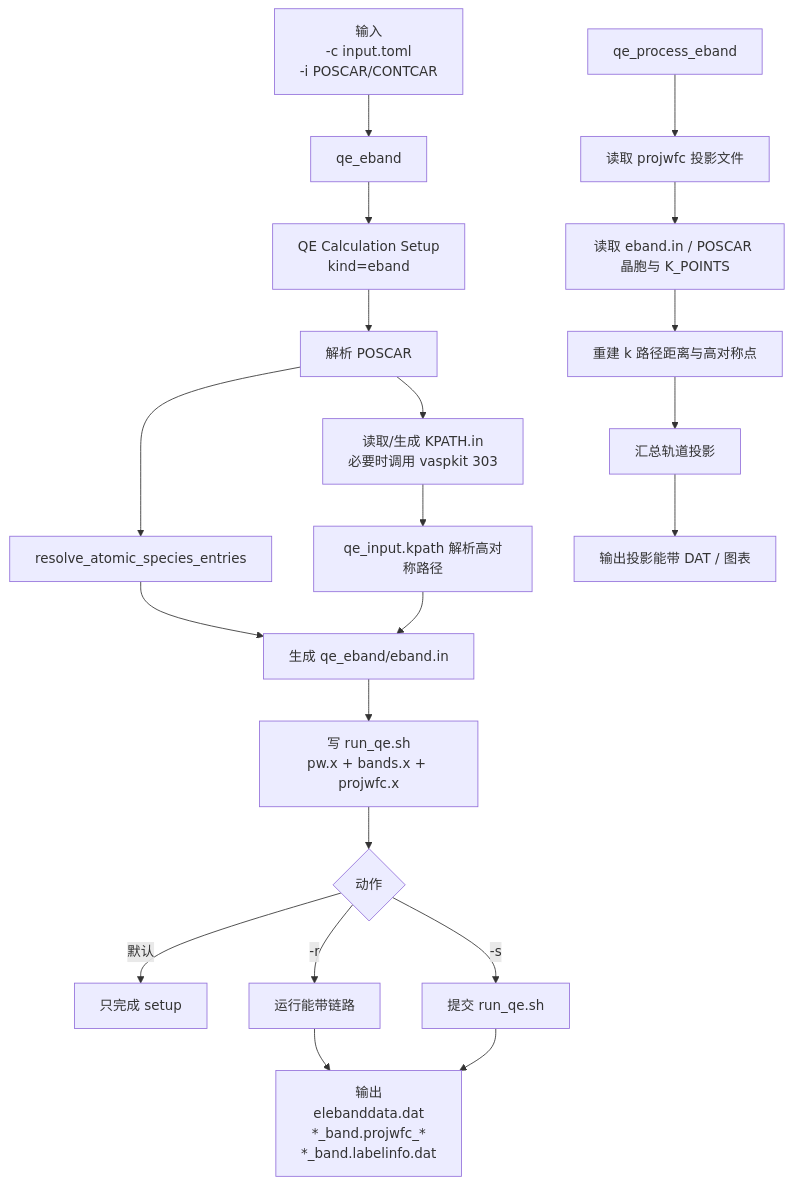
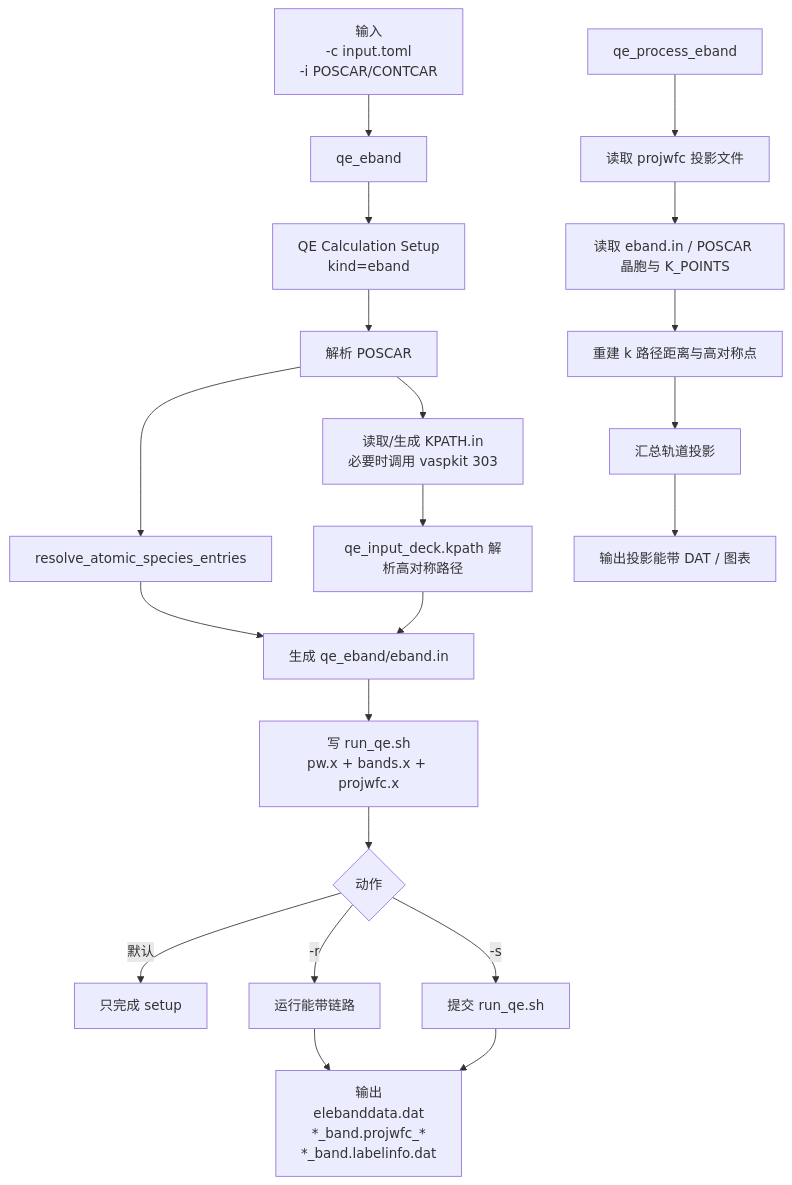
The diagram in qeflow/eband/eband-cli-flow.mmd (JLU-ICCMS-MaYuan/dftflow), drawn with Mermaid before and after one commit. The commit also changed 54 other files, not shown here.

```diff
--- a/qeflow/eband/eband-cli-flow.mmd
+++ b/qeflow/eband/eband-cli-flow.mmd
@@ -1,25 +1,25 @@
 ---
 id: ceb1b219-0234-49b9-8ff6-3f078ad9a82b
 ---
 flowchart TD
     A["输入<br/>-c input.toml<br/>-i POSCAR/CONTCAR"] --> B["qe_eband"]
     B --> C["QE Calculation Setup<br/>kind=eband"]
     C --> D["解析 POSCAR"]
     D --> E["读取/生成 KPATH.in<br/>必要时调用 vaspkit 303"]
-    E --> F["qe_input.kpath 解析高对称路径"]
+    E --> F["qe_input_deck.kpath 解析高对称路径"]
     D --> G["resolve_atomic_species_entries"]
     G --> H["生成 qe_eband/eband.in"]
     F --> H
     H --> I["写 run_qe.sh<br/>pw.x + bands.x + projwfc.x"]
     I --> J{"动作"}
     J -->|默认| K["只完成 setup"]
     J -->| -r | L["运行能带链路"]
     J -->| -s | M["提交 run_qe.sh"]
     L --> N["输出<br/>elebanddata.dat<br/>*_band.projwfc_*<br/>*_band.labelinfo.dat"]
     M --> N
 
     O["qe_process_eband"] --> P["读取 projwfc 投影文件"]
     P --> Q["读取 eband.in / POSCAR 晶胞与 K_POINTS"]
     Q --> R["重建 k 路径距离与高对称点"]
     R --> S["汇总轨道投影"]
     S --> T["输出投影能带 DAT / 图表"]
```
